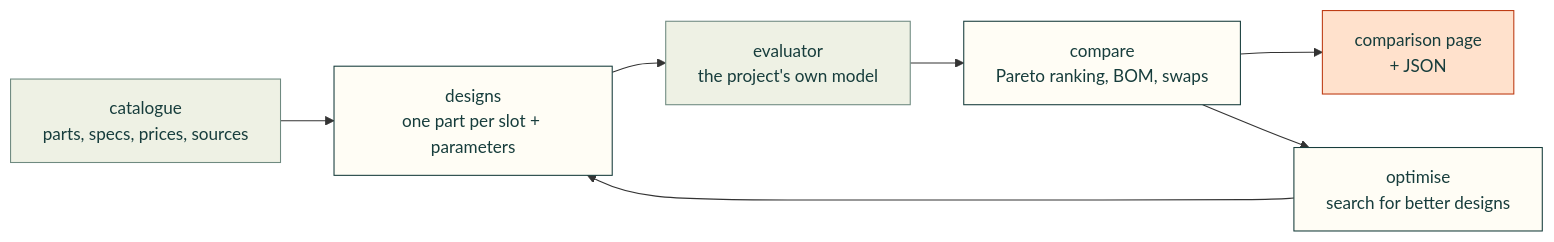
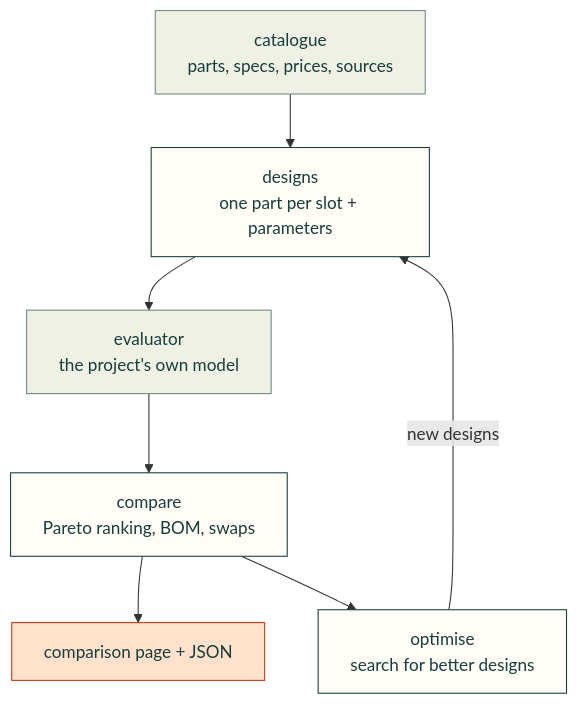
The diagram in docs/explore.md (Valpatel/cad-agent), drawn with Mermaid before and after one commit. The commit also changed 14 other files, not shown here.

First line of the commit message:
Docs diagrams: top-down so they fit the article column; chart shows the error's size from zero

````diff
--- a/docs/explore.md
+++ b/docs/explore.md
@@ -24,15 +24,15 @@
 ```mermaid
-flowchart LR
+flowchart TD
     Cat["catalogue<br/>parts, specs, prices, sources"] --> D["designs<br/>one part per slot + parameters"]
     D --> E["evaluator<br/>the project's own model"]
     E --> Cmp["compare<br/>Pareto ranking, BOM, swaps"]
-    Cmp --> Pg["comparison page<br/>+ JSON"]
+    Cmp --> Pg["comparison page + JSON"]
     Cmp --> O["optimise<br/>search for better designs"]
-    O --> D
+    O -->|"new designs"| D
     classDef here fill:#fffdf5,stroke:#173d3c,color:#173d3c
     classDef near fill:#eef1e4,stroke:#6f8a80,color:#173d3c
     classDef out fill:#ffe1cc,stroke:#bd3a12,color:#173d3c
     class D,Cmp,O here
     class Cat,E near
     class Pg out
 ```
````
